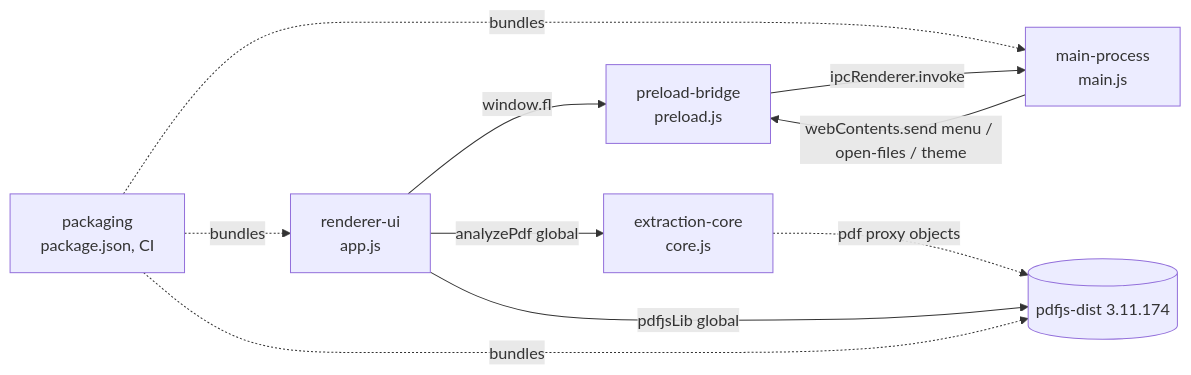
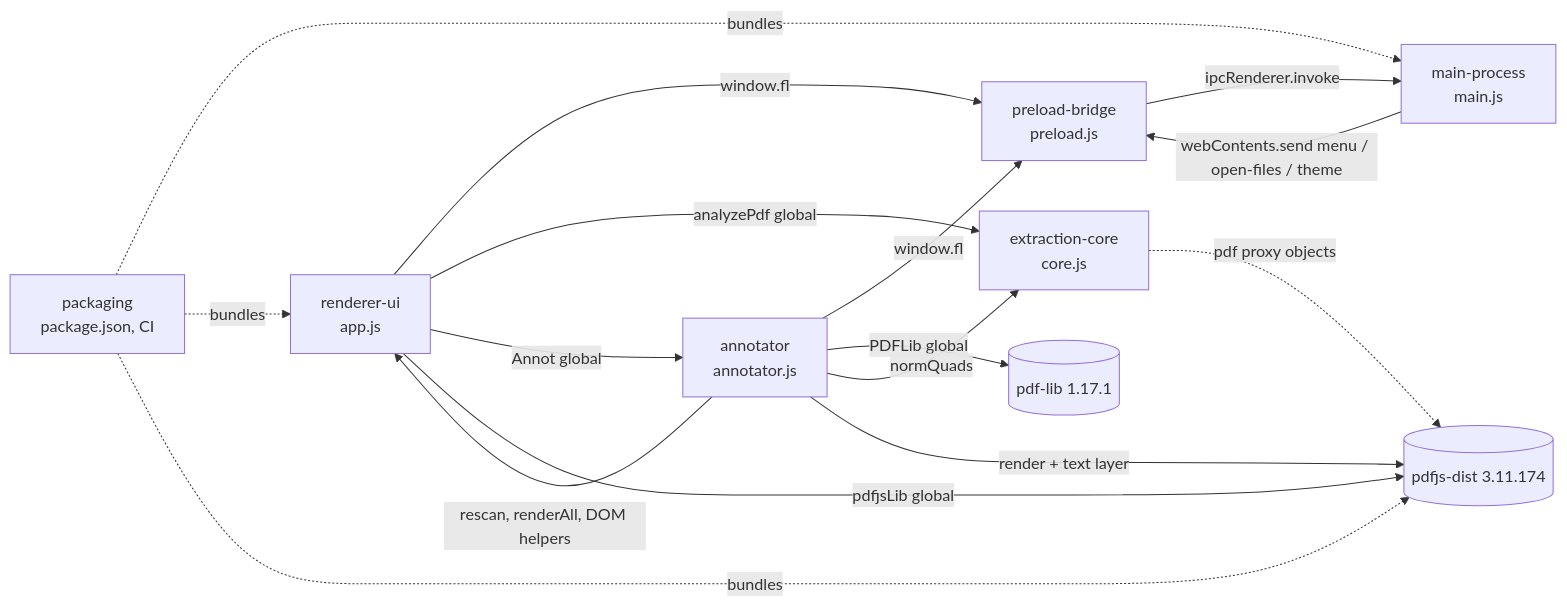
The diagram in docs/atlas/ATLAS.md (Lefarious/Faelights), drawn with Mermaid before and after one commit. The commit also changed other lines of this file and 7 other files, not shown here.

Commit message:
docs: sync atlas and log F-007 PDF annotator in project compass

````diff
--- a/docs/atlas/ATLAS.md
+++ b/docs/atlas/ATLAS.md
@@ -22,10 +22,16 @@
 ```mermaid
 graph LR
   UI[renderer-ui<br/>app.js] -->|window.fl| PRE[preload-bridge<br/>preload.js]
   PRE -->|ipcRenderer.invoke| MAIN[main-process<br/>main.js]
   MAIN -->|webContents.send menu / open-files / theme| PRE
   UI -->|analyzePdf global| CORE[extraction-core<br/>core.js]
+  UI -->|Annot global| ANN[annotator<br/>annotator.js]
+  ANN -->|rescan, renderAll, DOM helpers| UI
+  ANN -->|window.fl| PRE
+  ANN -->|PDFLib global| PDFLIB[(pdf-lib 1.17.1)]
+  ANN -->|normQuads| CORE
+  ANN -->|render + text layer| PDFJS
   UI -->|pdfjsLib global| PDFJS[(pdfjs-dist 3.11.174)]
   CORE -.->|pdf proxy objects| PDFJS
   PKG[packaging<br/>package.json, CI] -.->|bundles| MAIN & UI & PDFJS
 ```
````
